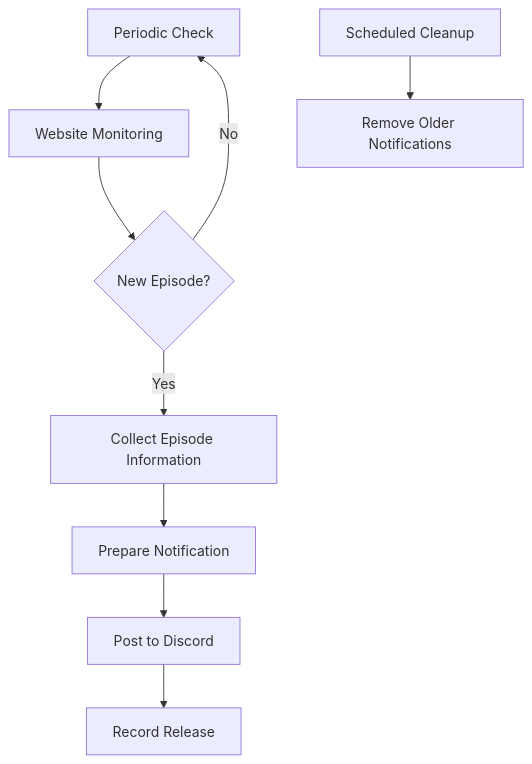
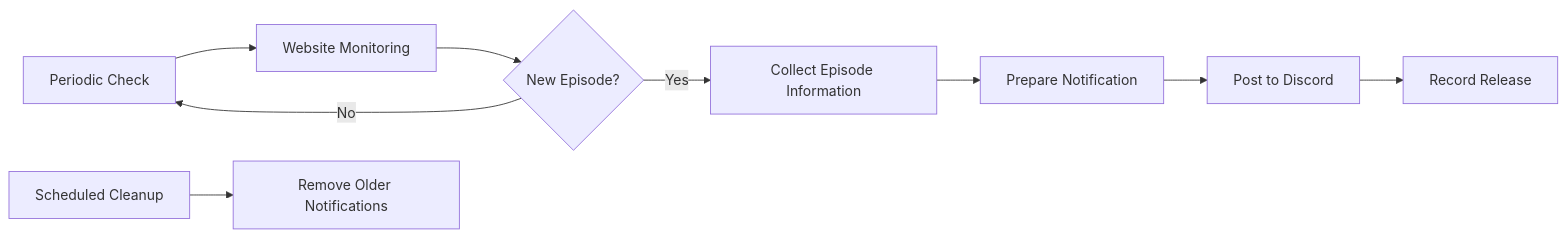
The first of 2 diagrams in README.md (wezlem/Leosubs-Bot), drawn with Mermaid before and after one commit.

Commit message:
update#2

````diff
--- a/README.md
+++ b/README.md
@@ -25,12 +25,12 @@
 ```mermaid
-flowchart TD
+flowchart LR
     A[Periodic Check] --> B[Website Monitoring]
     B --> C{New Episode?}
     C -- No --> A
     C -- Yes --> D[Collect Episode Information]
     D --> E[Prepare Notification]
     E --> F[Post to Discord]
     F --> G[Record Release]
 
     H[Scheduled Cleanup] --> I[Remove Older Notifications]
 ```
````
